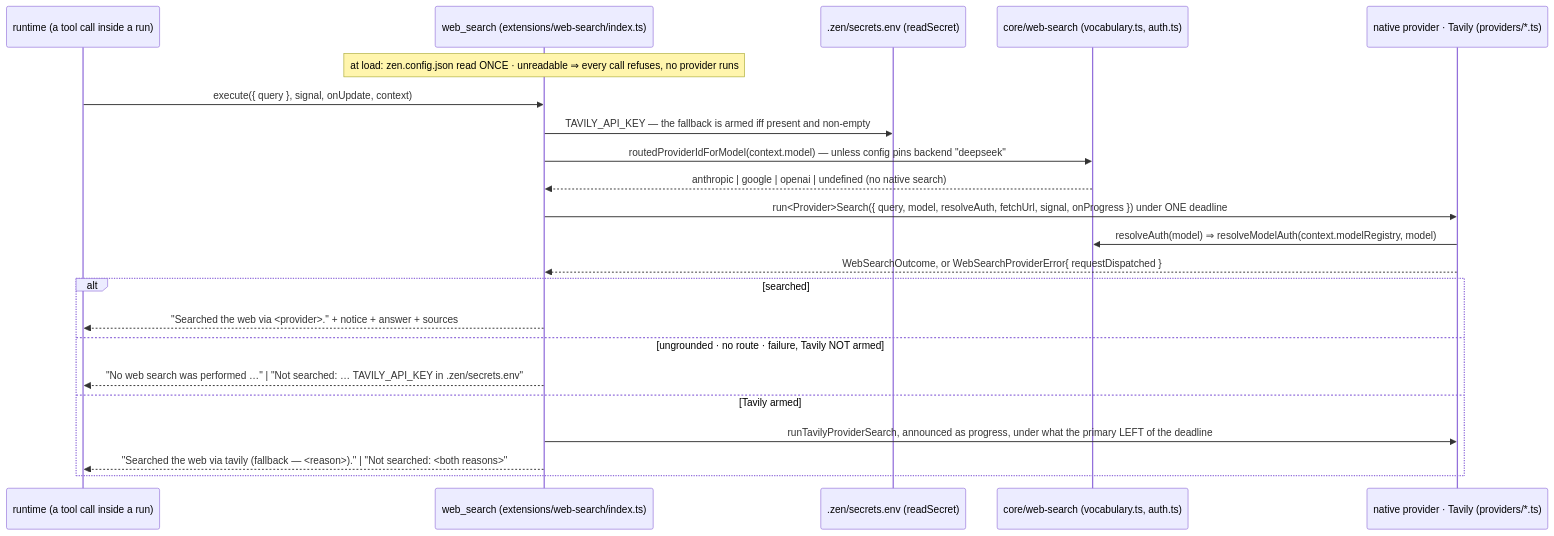
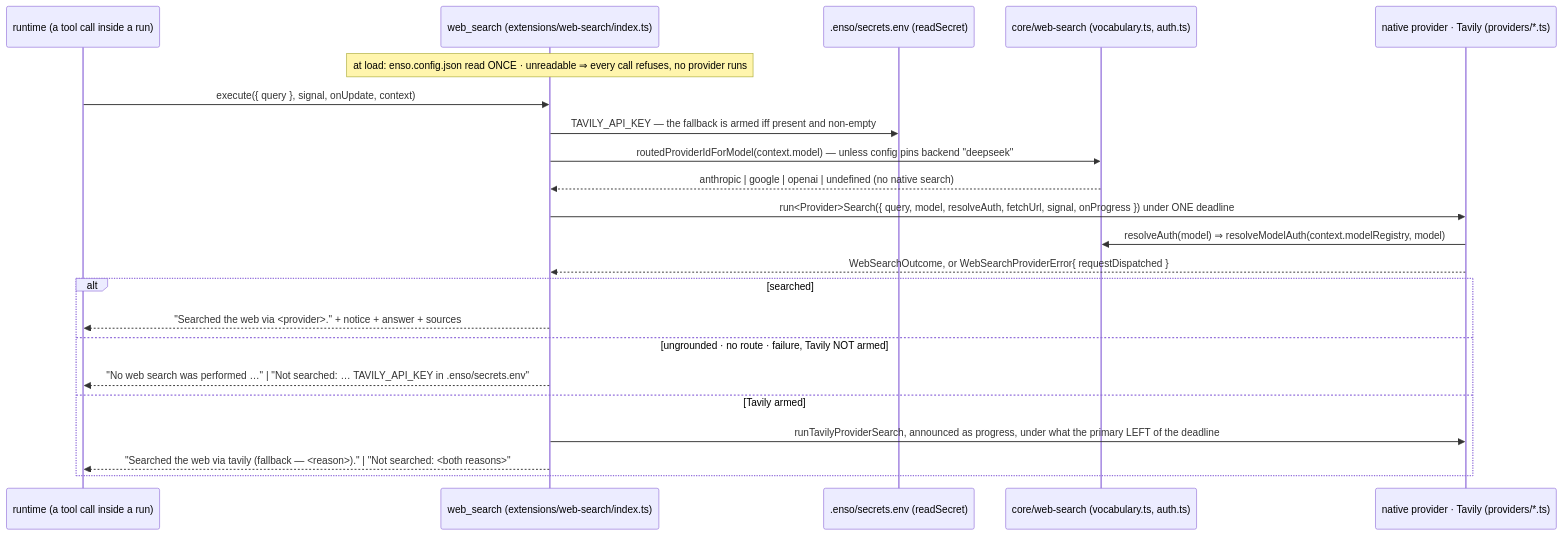
Before and after one commit to dopamine911/enso-harness: the diagram in docs/flows/web-search-call.md, drawn with Mermaid. The commit also changed other lines of this file and 221 other files, not shown here.

First line of the commit message:
zen-harness is Enso

````diff
--- a/docs/flows/web-search-call.md
+++ b/docs/flows/web-search-call.md
@@ -13,25 +13,25 @@
 ```mermaid
 sequenceDiagram
   participant R as runtime (a tool call inside a run)
   participant X as web_search (extensions/web-search/index.ts)
-  participant S as .zen/secrets.env (readSecret)
+  participant S as .enso/secrets.env (readSecret)
   participant V as core/web-search (vocabulary.ts, auth.ts)
   participant P as native provider · Tavily (providers/*.ts)
 
-  Note over X: at load: zen.config.json read ONCE · unreadable ⇒ every call refuses, no provider runs
+  Note over X: at load: enso.config.json read ONCE · unreadable ⇒ every call refuses, no provider runs
   R->>X: execute({ query }, signal, onUpdate, context)
   X->>S: TAVILY_API_KEY — the fallback is armed iff present and non-empty
   X->>V: routedProviderIdForModel(context.model) — unless config pins backend "deepseek"
   V-->>X: anthropic | google | openai | undefined (no native search)
   X->>P: run<Provider>Search({ query, model, resolveAuth, fetchUrl, signal, onProgress }) under ONE deadline
   P->>V: resolveAuth(model) ⇒ resolveModelAuth(context.modelRegistry, model)
   P-->>X: WebSearchOutcome, or WebSearchProviderError{ requestDispatched }
   alt searched
     X-->>R: "Searched the web via <provider>." + notice + answer + sources
   else ungrounded · no route · failure, Tavily NOT armed
-    X-->>R: "No web search was performed …" | "Not searched: … TAVILY_API_KEY in .zen/secrets.env"
+    X-->>R: "No web search was performed …" | "Not searched: … TAVILY_API_KEY in .enso/secrets.env"
   else Tavily armed
     X->>P: runTavilyProviderSearch, announced as progress, under what the primary LEFT of the deadline
     X-->>R: "Searched the web via tavily (fallback — <reason>)." | "Not searched: <both reasons>"
   end
 ```
````
